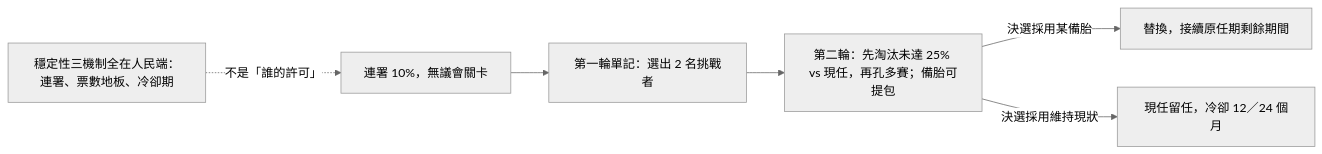
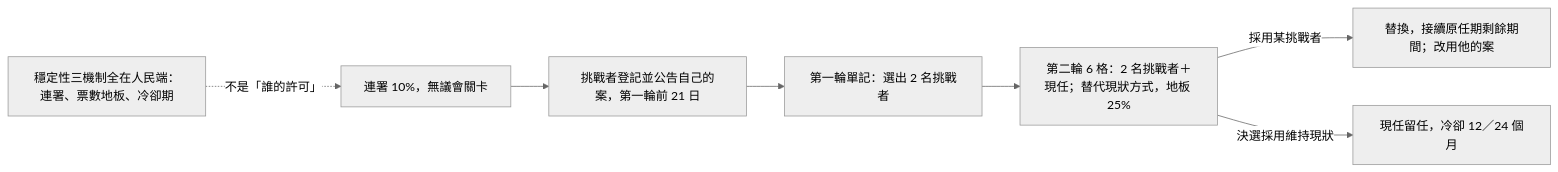
One commit to IRonROOT578/Political-Economy-Research-Public changed the tenth of 12 diagrams in topics/regime-designs/designs/台灣/一院總統制-測試/憲政架構圖.md. Above: the diagram before and after it, drawn with Mermaid (neutral theme). The commit also changed other lines of this file and 241 other files, not shown here.

````diff
--- a/topics/regime-designs/designs/台灣/一院總統制-測試/憲政架構圖.md
+++ b/topics/regime-designs/designs/台灣/一院總統制-測試/憲政架構圖.md
@@ -145,9 +147,10 @@
 ```mermaid
 flowchart LR
-  Sign[連署 10%，無議會關卡] --> R1[第一輪單記：選出 2 名挑戰者]
-  R1 --> R2[第二輪：先淘汰未達 25% vs 現任，再孔多賽；備胎可提包]
-  R2 -->|決選採用某備胎| Change[替換，接續原任期剩餘期間]
+  Sign[連署 10%，無議會關卡] --> Pack[挑戰者登記並公告自己的案，第一輪前 21 日]
+  Pack --> R1[第一輪單記：選出 2 名挑戰者]
+  R1 --> R2[第二輪 6 格：2 名挑戰者＋現任；替代現狀方式，地板 25%]
+  R2 -->|採用某挑戰者| Change[替換，接續原任期剩餘期間；改用他的案]
   R2 -->|決選採用維持現狀| Stay[現任留任，冷卻 12／24 個月]
   Stable[穩定性三機制全在人民端：連署、票數地板、冷卻期]
   Stable -.->|不是「誰的許可」| Sign
 ```
````
